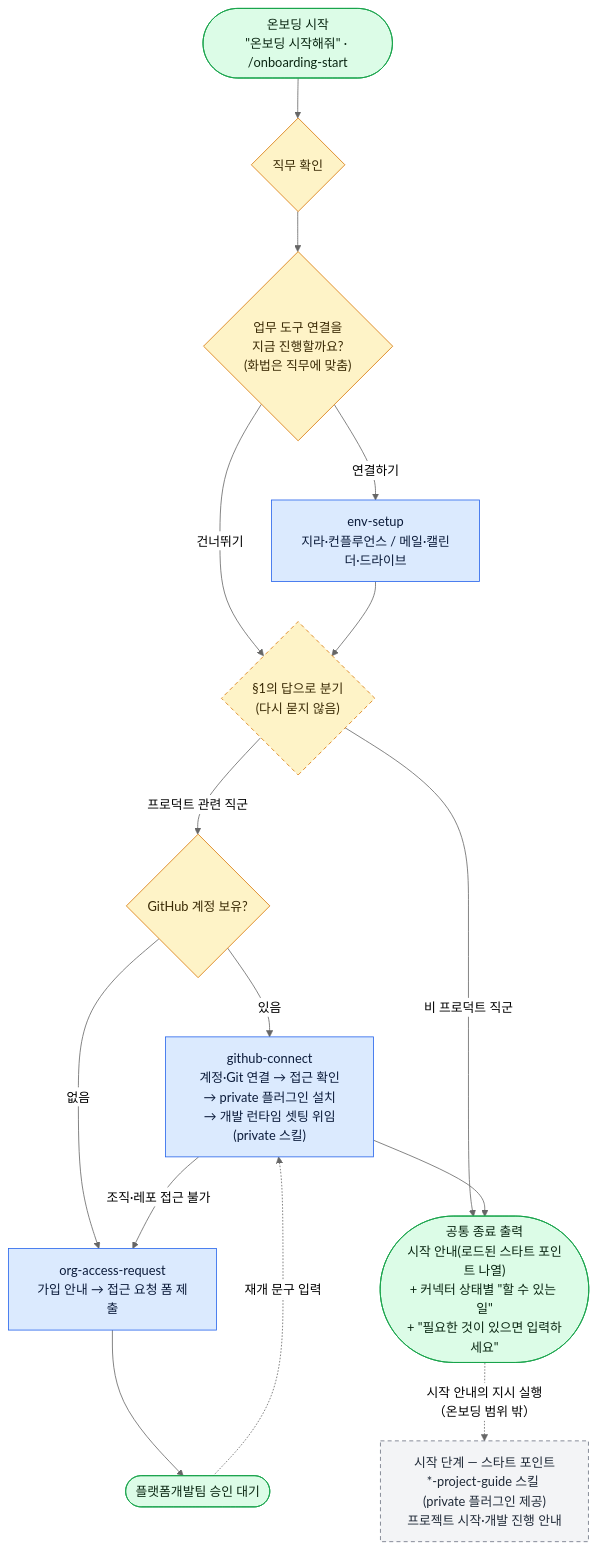
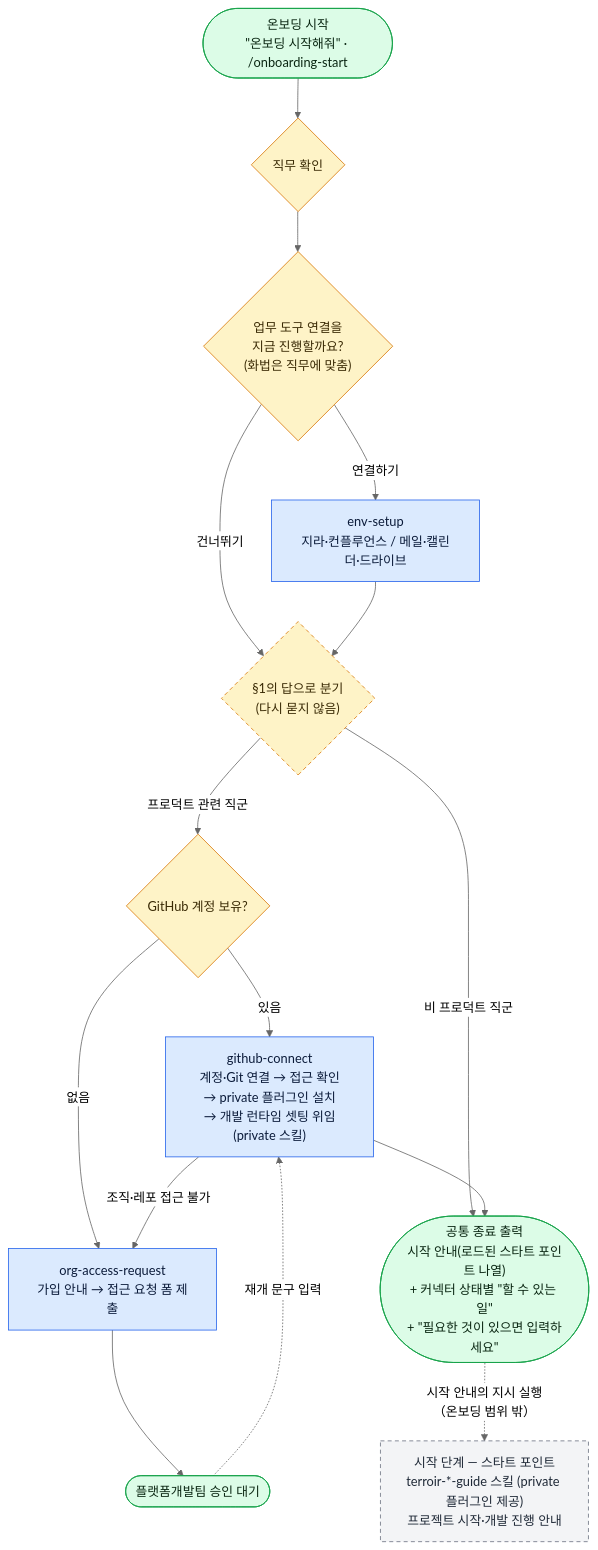
The diagram in plugins/terroir-onboarding/README.md (VntgCorp/terroir-claude-plugin-public), drawn with Mermaid (neutral theme) before and after one commit. The commit also changed other lines of this file and 1 other file, not shown here.

Commit message:
fix: 스타트 포인트 스킬 이름 패턴을 terroir-*-guide로 정정 [RDDP-1516]

````diff
--- a/plugins/terroir-onboarding/README.md
+++ b/plugins/terroir-onboarding/README.md
@@ -36,46 +36,46 @@
 ```mermaid
 flowchart TD
     START(["온보딩 시작<br/>&quot;온보딩 시작해줘&quot; · /onboarding-start"])
 
     Q1{"직무 확인"}
     Q2{"업무 도구 연결을<br/>지금 진행할까요?<br/>(화법은 직무에 맞춤)"}
     ENV["env-setup<br/>지라·컨플루언스 / 메일·캘린더·드라이브"]
     BR{"§1의 답으로 분기<br/>(다시 묻지 않음)"}
     Q3{"GitHub 계정 보유?"}
 
     GH["github-connect<br/>계정·Git 연결 → 접근 확인<br/>→ private 플러그인 설치<br/>→ 개발 런타임 셋팅 위임(private 스킬)"]
     OA["org-access-request<br/>가입 안내 → 접근 요청 폼 제출"]
     WAIT(["플랫폼개발팀 승인 대기"])
 
     END(["공통 종료 출력<br/>시작 안내(로드된 스타트 포인트 나열)<br/>+ 커넥터 상태별 &quot;할 수 있는 일&quot;<br/>+ &quot;필요한 것이 있으면 입력하세요&quot;"])
-    SP["시작 단계 — 스타트 포인트<br/>*-project-guide 스킬 (private 플러그인 제공)<br/>프로젝트 시작·개발 진행 안내"]
+    SP["시작 단계 — 스타트 포인트<br/>terroir-*-guide 스킬 (private 플러그인 제공)<br/>프로젝트 시작·개발 진행 안내"]
 
     START --> Q1
     Q1 --> Q2
     Q2 -->|연결하기| ENV
     Q2 -->|건너뛰기| BR
     ENV --> BR
 
     BR -->|프로덕트 관련 직군| Q3
     BR -->|비 프로덕트 직군| END
 
     Q3 -->|있음| GH
     Q3 -->|없음| OA
     GH -->|조직·레포 접근 불가| OA
     OA --> WAIT
     WAIT -.->|재개 문구 입력| GH
 
     GH --> END
     END -.->|시작 안내의 지시 실행<br/>（온보딩 범위 밖）| SP
 
     classDef skill fill:#dbeafe,stroke:#2563eb,color:#0b1b3a
     classDef gate fill:#fef3c7,stroke:#d97706,color:#3a2a05
     classDef term fill:#dcfce7,stroke:#16a34a,color:#0a2612
     classDef branch fill:#fef3c7,stroke:#d97706,color:#3a2a05,stroke-dasharray:5 4
     classDef ext fill:#f3f4f6,stroke:#6b7280,color:#1f2937,stroke-dasharray:5 4
     class ENV,GH,OA skill
     class Q1,Q2,Q3 gate
     class BR branch
     class START,END,WAIT term
     class SP ext
 ```
````
